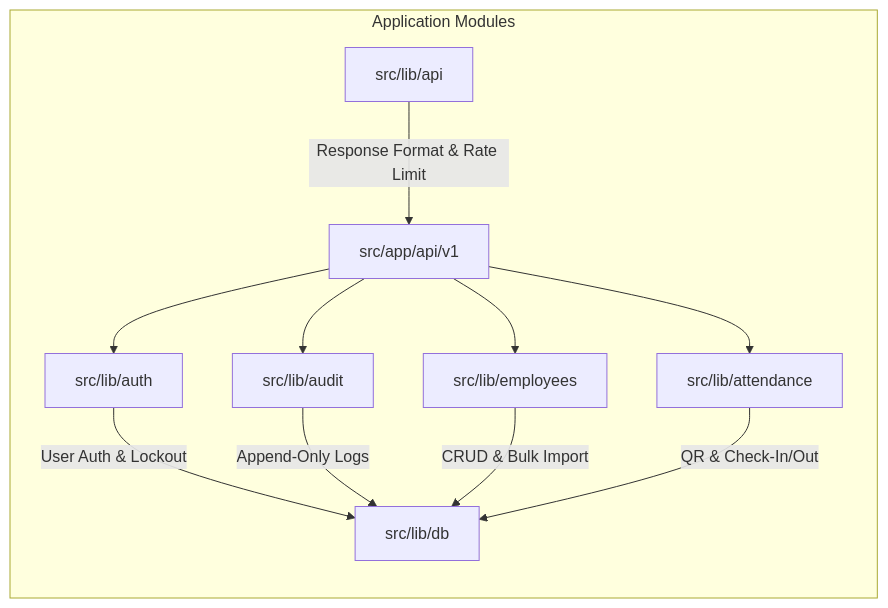
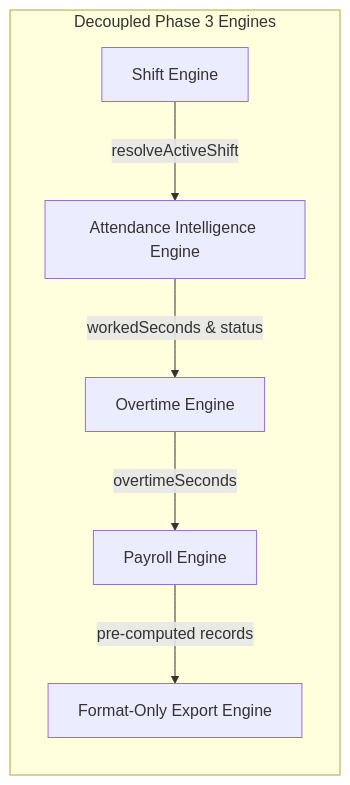
One commit to SOUMYA0023/WorkForce1 changed the third of 5 diagrams in ARCHITECTURE.md. Above: the diagram before and after it, drawn with Mermaid. The commit also changed other lines of this file and 17 other files, not shown here.

````diff
--- a/ARCHITECTURE.md
+++ b/ARCHITECTURE.md
@@ -92,15 +85,9 @@
 ```mermaid
 graph LR
-    subgraph Application Modules
-        A[src/lib/auth] -->|User Auth & Lockout| B[src/lib/db]
-        C[src/lib/audit] -->|Append-Only Logs| B
-        D[src/lib/employees] -->|CRUD & Bulk Import| B
-        E[src/lib/attendance] -->|QR & Check-In/Out| B
-        F[src/lib/api] -->|Response Format & Rate Limit| G[src/app/api/v1]
+    subgraph Decoupled Phase 3 Engines
+        Shift[Shift Engine] -->|resolveActiveShift| Intel[Attendance Intelligence Engine]
+        Intel -->|workedSeconds & status| OT[Overtime Engine]
+        OT -->|overtimeSeconds| Payroll[Payroll Engine]
+        Payroll -->|pre-computed records| Export[Format-Only Export Engine]
     end
-    
-    G --> A
-    G --> D
-    G --> E
-    G --> C
 ```
````
